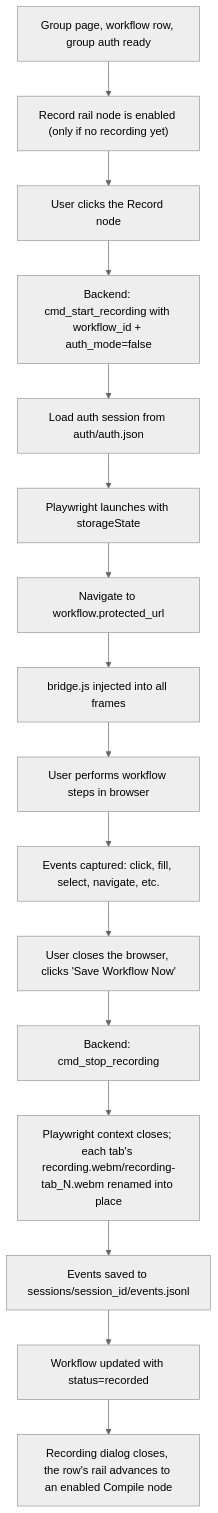
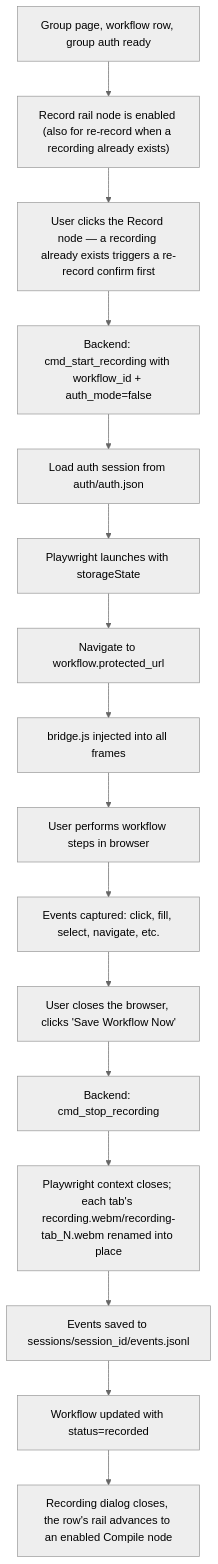
The fifth of 20 diagrams in docs/App-Flow.md (Cannonbold2412/CONXA), drawn with Mermaid (neutral theme) before and after one commit. The commit also changed other lines of this file and 3 other files, not shown here.

First line of the commit message:
feat(studio): allow re-recording a workflow — previous take backed up to disk first

````diff
--- a/docs/App-Flow.md
+++ b/docs/App-Flow.md
@@ -155,18 +155,18 @@
 ```mermaid
 flowchart TD
-    A["Group page, workflow row, group auth ready"] --> B["Record rail node is enabled (only if no recording yet)"]
-    B --> C[User clicks the Record node]
+    A["Group page, workflow row, group auth ready"] --> B["Record rail node is enabled (also for re-record when a recording already exists)"]
+    B --> C[User clicks the Record node — a recording already exists triggers a re-record confirm first]
     C --> D[Backend: cmd_start_recording with workflow_id + auth_mode=false]
     D --> E[Load auth session from auth/auth.json]
     E --> F[Playwright launches with storageState]
     F --> G[Navigate to workflow.protected_url]
     G --> H[bridge.js injected into all frames]
     H --> I[User performs workflow steps in browser]
     I --> J[Events captured: click, fill, select, navigate, etc.]
     J --> K[User closes the browser, clicks 'Save Workflow Now']
     K --> L[Backend: cmd_stop_recording]
     L --> L2[Playwright context closes; each tab's recording.webm/recording-tab_N.webm renamed into place]
     L2 --> M[Events saved to sessions/session_id/events.jsonl]
     M --> N[Workflow updated with status=recorded]
     N --> O[Recording dialog closes, the row's rail advances to an enabled Compile node]
 ```
````
